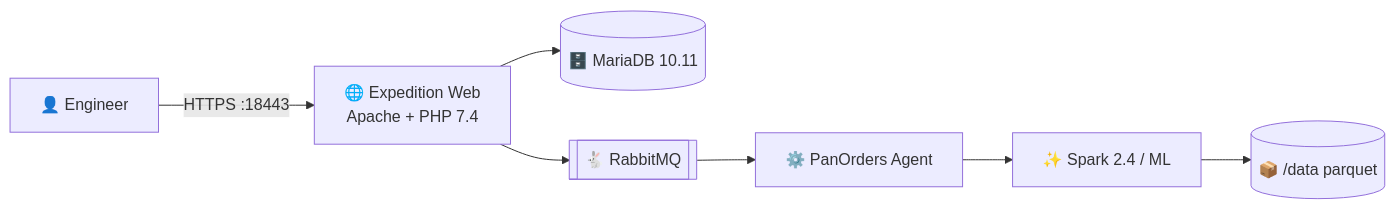
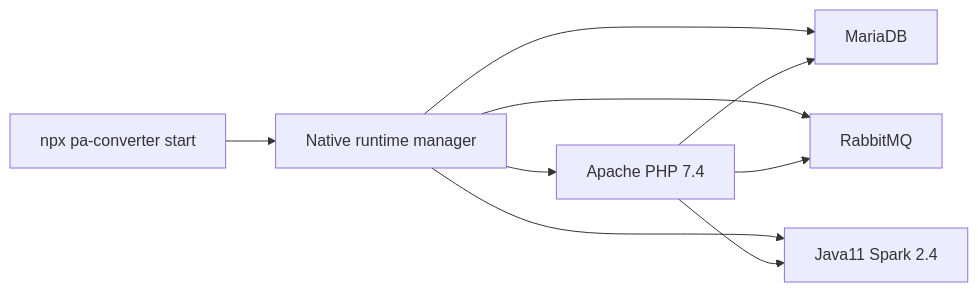
Before and after one commit to TufaylAhmed/PA-Converter: the diagram in README.md, drawn with Mermaid. The commit also changed other lines of this file and 22 other files, not shown here.

First line of the commit message:
Release 5.46.18: native runtime without Docker

````diff
--- a/README.md
+++ b/README.md
@@ -149,9 +145,11 @@
 ```mermaid
 flowchart LR
-  U[👤 Engineer] -->|HTTPS :18443| W[🌐 Expedition Web<br/>Apache + PHP 7.4]
-  W --> D[(🗄️ MariaDB 10.11)]
-  W --> R[[🐇 RabbitMQ]]
-  R --> A[⚙️ PanOrders Agent]
-  A --> S[✨ Spark 2.4 / ML]
-  S --> P[(📦 /data parquet)]
+  npx[npx pa-converter start] --> mgr[Native runtime manager]
+  mgr --> http[Apache PHP 7.4]
+  mgr --> db[MariaDB]
+  mgr --> mq[RabbitMQ]
+  mgr --> spark[Java11 Spark 2.4]
+  http --> db
+  http --> mq
+  http --> spark
 ```
````
